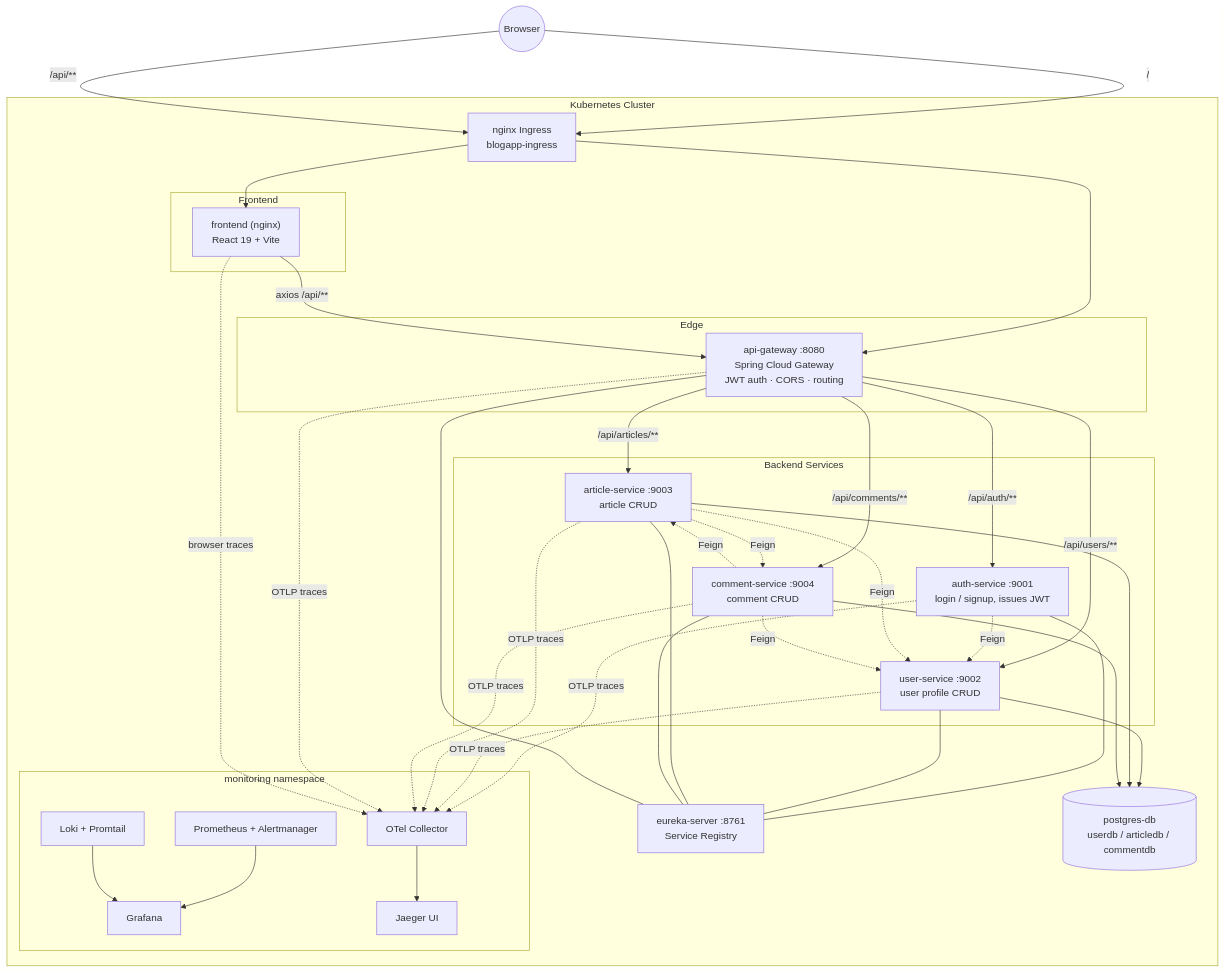
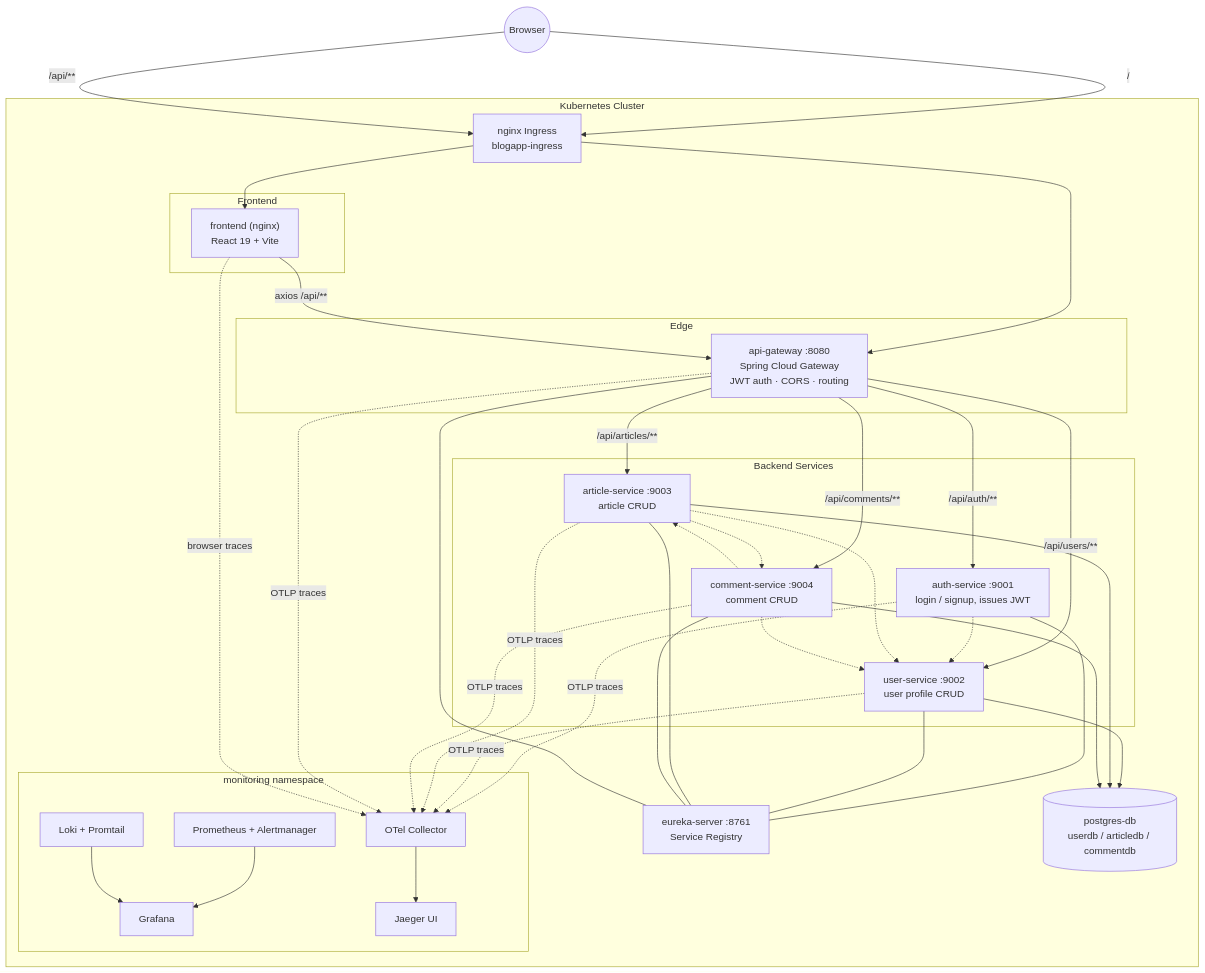
Before and after one commit to nguyenkdy/DevOps_BlogApp: the first of 3 diagrams in README.md, drawn with Mermaid. The commit also changed other lines of this file, not shown here.

Commit message:
change architecture and ci/cd

````diff
--- a/README.md
+++ b/README.md
@@ -7,70 +7,70 @@
 ```mermaid
 flowchart TB
     User(("Browser"))
 
     subgraph Cluster["Kubernetes Cluster"]
         Ingress["nginx Ingress<br/>blogapp-ingress"]
 
         subgraph FE["Frontend"]
             Frontend["frontend (nginx)<br/>React 19 + Vite"]
         end
 
         subgraph GW["Edge"]
             Gateway["api-gateway :8080<br/>Spring Cloud Gateway<br/>JWT auth · CORS · routing"]
         end
 
         Eureka["eureka-server :8761<br/>Service Registry"]
 
         subgraph Services["Backend Services"]
             Auth["auth-service :9001<br/>login / signup, issues JWT"]
             Users["user-service :9002<br/>user profile CRUD"]
             Articles["article-service :9003<br/>article CRUD"]
             Comments["comment-service :9004<br/>comment CRUD"]
         end
 
         DB[("postgres-db<br/>userdb / articledb / commentdb")]
 
         subgraph Monitoring["monitoring namespace"]
             Prom["Prometheus + Alertmanager"]
             Grafana["Grafana"]
             Loki["Loki + Promtail"]
             Otel["OTel Collector"]
             Jaeger["Jaeger UI"]
         end
     end
 
     User -->|"/ "| Ingress --> Frontend
     User -->|"/api/**"| Ingress --> Gateway
     Frontend -->|"axios /api/**"| Gateway
 
     Gateway -->|"/api/auth/**"| Auth
     Gateway -->|"/api/users/**"| Users
     Gateway -->|"/api/articles/**"| Articles
     Gateway -->|"/api/comments/**"| Comments
 
-    Auth -.Feign.-> Users
-    Articles -.Feign.-> Users
-    Articles -.Feign.-> Comments
-    Comments -.Feign.-> Articles
-    Comments -.Feign.-> Users
+    Auth -.-> Users
+    Articles -.-> Users
+    Articles -.-> Comments
+    Comments -.-> Articles
+    Comments -.-> Users
 
     Auth --- Eureka
     Users --- Eureka
     Articles --- Eureka
     Comments --- Eureka
     Gateway --- Eureka
 
     Users --> DB
     Articles --> DB
     Comments --> DB
 
     Auth -.OTLP traces.-> Otel
     Users -.OTLP traces.-> Otel
     Articles -.OTLP traces.-> Otel
     Comments -.OTLP traces.-> Otel
     Gateway -.OTLP traces.-> Otel
     Frontend -.browser traces.-> Otel
     Otel --> Jaeger
     Prom --> Grafana
     Loki --> Grafana
 ```
````
